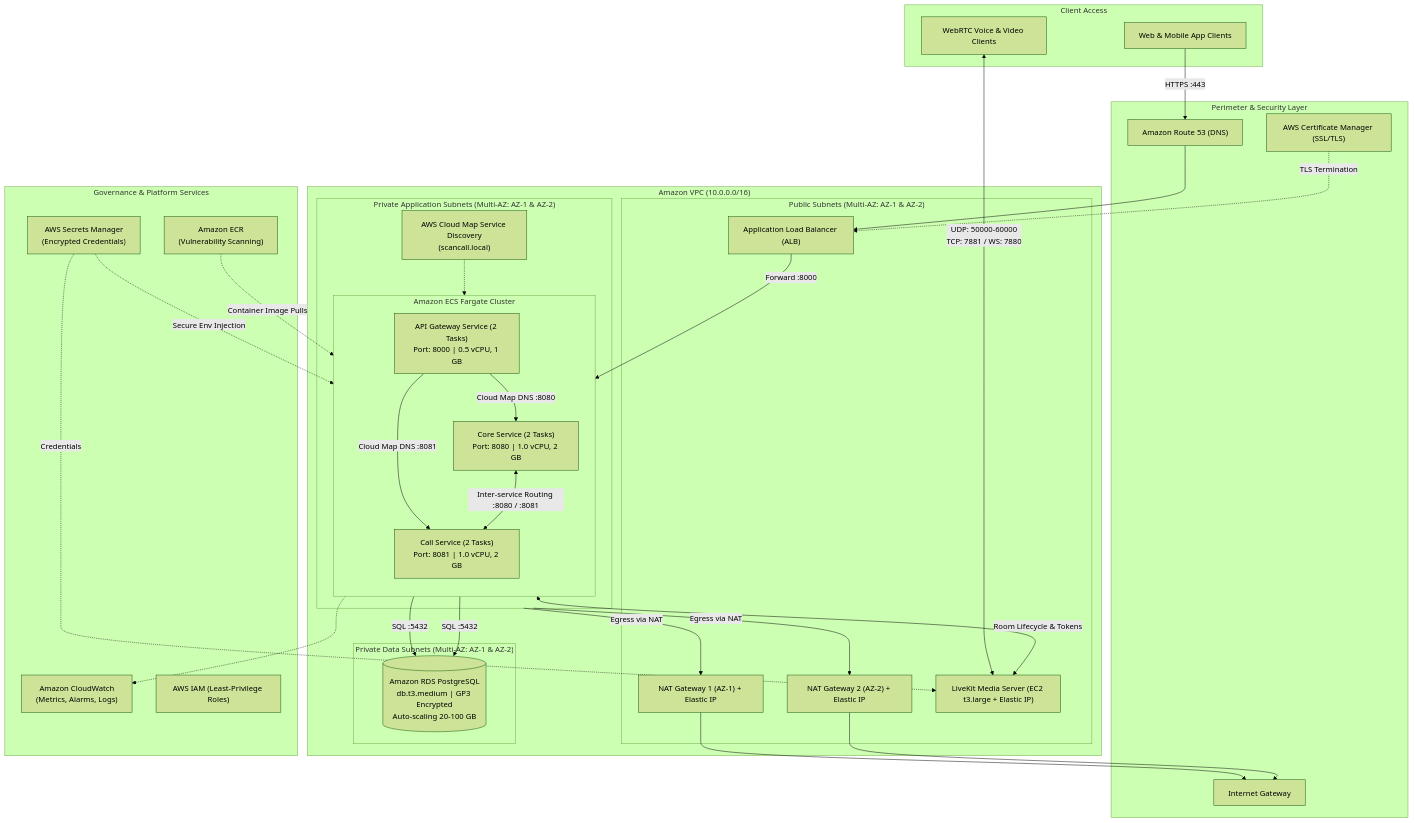
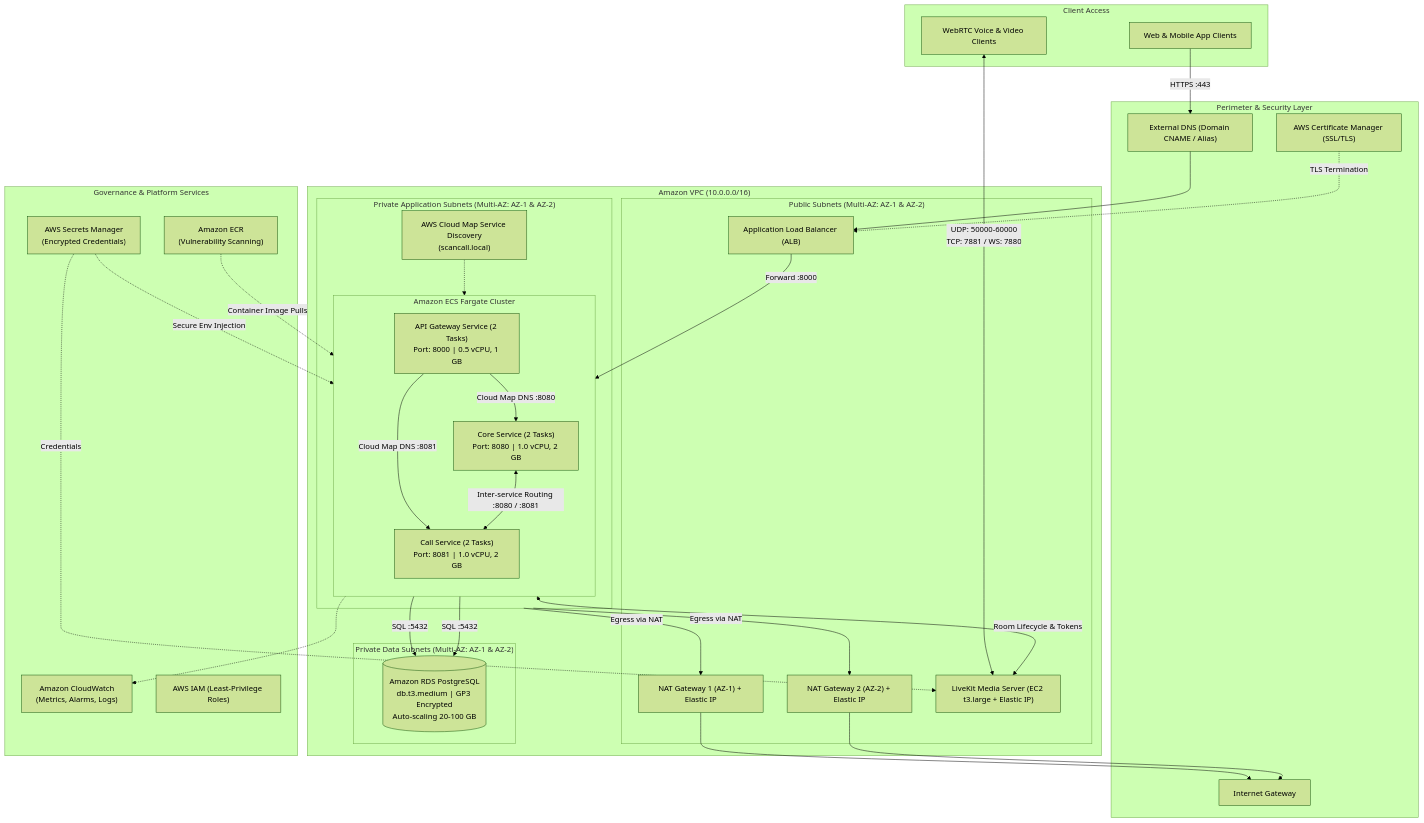
One commit to Devinivishaka/scancall_terraform changed the diagram in ARCHITECTURE.md. Above: the diagram before and after it, drawn with Mermaid (forest theme). The commit also changed other lines of this file and 2 other files, not shown here.

Commit message:
refactor: replace integrated Route 53 management with external DNS support

````diff
--- a/ARCHITECTURE.md
+++ b/ARCHITECTURE.md
@@ -9,79 +9,79 @@
 ```mermaid
 flowchart TD
     %% External Traffic
     subgraph External["Client Access"]
         WebClients["Web & Mobile App Clients"]
         MediaClients["WebRTC Voice & Video Clients"]
     end
 
     %% Edge & Network Perimeter
     subgraph Edge["Perimeter & Security Layer"]
-        Route53["Amazon Route 53 (DNS)"]
+        DNS["External DNS (Domain CNAME / Alias)"]
         ACM["AWS Certificate Manager (SSL/TLS)"]
         IGW["Internet Gateway"]
     end
 
     %% VPC
     subgraph VPC["Amazon VPC (10.0.0.0/16)"]
 
         %% Public Subnets
         subgraph PublicSubnets["Public Subnets (Multi-AZ: AZ-1 & AZ-2)"]
             ALB["Application Load Balancer (ALB)"]
             NAT1["NAT Gateway 1 (AZ-1) + Elastic IP"]
             NAT2["NAT Gateway 2 (AZ-2) + Elastic IP"]
             LiveKit["LiveKit Media Server (EC2 t3.large + Elastic IP)"]
         end
 
         %% Private Application Subnets
         subgraph AppSubnets["Private Application Subnets (Multi-AZ: AZ-1 & AZ-2)"]
             subgraph ECSCluster["Amazon ECS Fargate Cluster"]
                 direction TB
                 APIGW["API Gateway Service (2 Tasks)<br/>Port: 8000 | 0.5 vCPU, 1 GB"]
                 CoreSvc["Core Service (2 Tasks)<br/>Port: 8080 | 1.0 vCPU, 2 GB"]
                 CallSvc["Call Service (2 Tasks)<br/>Port: 8081 | 1.0 vCPU, 2 GB"]
             end
             CloudMap["AWS Cloud Map Service Discovery<br/>(scancall.local)"]
         end
 
         %% Private Data Subnets
         subgraph DataSubnets["Private Data Subnets (Multi-AZ: AZ-1 & AZ-2)"]
             RDS[("Amazon RDS PostgreSQL<br/>db.t3.medium | GP3 Encrypted<br/>Auto-scaling 20-100 GB")]
         end
     end
 
     %% Security & Management
     subgraph Management["Governance & Platform Services"]
         SecretsMgr["AWS Secrets Manager<br/>(Encrypted Credentials)"]
         ECR["Amazon ECR<br/>(Vulnerability Scanning)"]
         CloudWatch["Amazon CloudWatch<br/>(Metrics, Alarms, Logs)"]
         IAM["AWS IAM (Least-Privilege Roles)"]
     end
 
     %% HTTP / HTTPS Ingress Flow
-    WebClients -->|HTTPS :443| Route53
-    Route53 --> ALB
+    WebClients -->|HTTPS :443| DNS
+    DNS --> ALB
     ACM -.->|TLS Termination| ALB
     ALB -->|Forward :8000| APIGW
 
     %% WebRTC Audio / Video Flow
     MediaClients <-->|UDP: 50000-60000<br/>TCP: 7881 / WS: 7880| LiveKit
 
     %% Internal Microservices Routing
     APIGW -->|Cloud Map DNS :8080| CoreSvc
     APIGW -->|Cloud Map DNS :8081| CallSvc
     CoreSvc <-->|Inter-service Routing :8080 / :8081| CallSvc
     CallSvc <-->|Room Lifecycle & Tokens| LiveKit
     CloudMap -.-> ECSCluster
 
     %% Data Layer Flow
     CoreSvc -->|SQL :5432| RDS
     CallSvc -->|SQL :5432| RDS
 
     %% Outbound Egress & Platform Links
     AppSubnets -->|Egress via NAT| NAT1 & NAT2
     NAT1 & NAT2 --> IGW
     SecretsMgr -.->|Secure Env Injection| ECSCluster
     SecretsMgr -.->|Credentials| LiveKit
     ECR -.->|Container Image Pulls| ECSCluster
     ECSCluster -.-> CloudWatch
 ```
````
